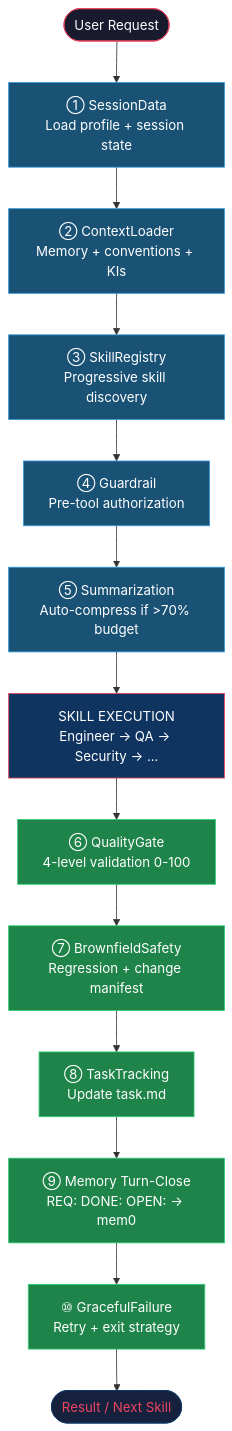
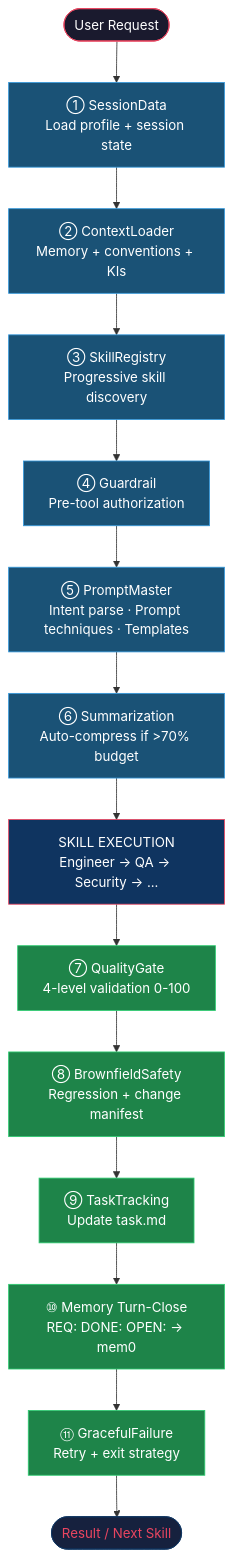
One commit to Exia-thd/Digital-Nervous changed the fifth of 15 diagrams in README.md. Above: the diagram before and after it, drawn with Mermaid. The commit also changed other lines of this file and 360 other files, not shown here.

````diff
--- a/README.md
+++ b/README.md
@@ -300,33 +253,35 @@
 ```mermaid
 flowchart TD
     REQ(["User Request"])
     PRE1["① SessionData<br/>Load profile + session state"]
     PRE2["② ContextLoader<br/>Memory + conventions + KIs"]
     PRE3["③ SkillRegistry<br/>Progressive skill discovery"]
     PRE4["④ Guardrail<br/>Pre-tool authorization"]
-    PRE5["⑤ Summarization<br/>Auto-compress if >70% budget"]
+    PRE5["⑤ PromptMaster<br/>Intent parse · Prompt techniques · Templates"]
+    PRE6["⑥ Summarization<br/>Auto-compress if >70% budget"]
     SKILL_EXEC["SKILL EXECUTION<br/>Engineer → QA → Security → ..."]
-    POST1["⑥ QualityGate<br/>4-level validation 0-100"]
-    POST2["⑦ BrownfieldSafety<br/>Regression + change manifest"]
-    POST3["⑧ TaskTracking<br/>Update task.md"]
-    POST4["⑨ Memory Turn-Close<br/>REQ: DONE: OPEN: → mem0"]
-    POST5["⑩ GracefulFailure<br/>Retry + exit strategy"]
+    POST1["⑦ QualityGate<br/>4-level validation 0-100"]
+    POST2["⑧ BrownfieldSafety<br/>Regression + change manifest"]
+    POST3["⑨ TaskTracking<br/>Update task.md"]
+    POST4["⑩ Memory Turn-Close<br/>REQ: DONE: OPEN: → mem0"]
+    POST5["⑪ GracefulFailure<br/>Retry + exit strategy"]
     RESULT(["Result / Next Skill"])
 
-    REQ --> PRE1 --> PRE2 --> PRE3 --> PRE4 --> PRE5 --> SKILL_EXEC
+    REQ --> PRE1 --> PRE2 --> PRE3 --> PRE4 --> PRE5 --> PRE6 --> SKILL_EXEC
     SKILL_EXEC --> POST1 --> POST2 --> POST3 --> POST4 --> POST5 --> RESULT
 
     style REQ fill:#1a1a2e,stroke:#e94560,color:#fff
     style RESULT fill:#16213e,stroke:#0f3460,color:#e94560
     style SKILL_EXEC fill:#0f3460,stroke:#e94560,color:#fff
     style PRE1 fill:#1a5276,stroke:#3498db,color:#fff
     style PRE2 fill:#1a5276,stroke:#3498db,color:#fff
     style PRE3 fill:#1a5276,stroke:#3498db,color:#fff
     style PRE4 fill:#1a5276,stroke:#3498db,color:#fff
     style PRE5 fill:#1a5276,stroke:#3498db,color:#fff
+    style PRE6 fill:#1a5276,stroke:#3498db,color:#fff
     style POST1 fill:#1e8449,stroke:#2ecc71,color:#fff
     style POST2 fill:#1e8449,stroke:#2ecc71,color:#fff
     style POST3 fill:#1e8449,stroke:#2ecc71,color:#fff
     style POST4 fill:#1e8449,stroke:#2ecc71,color:#fff
     style POST5 fill:#1e8449,stroke:#2ecc71,color:#fff
 ```
````
